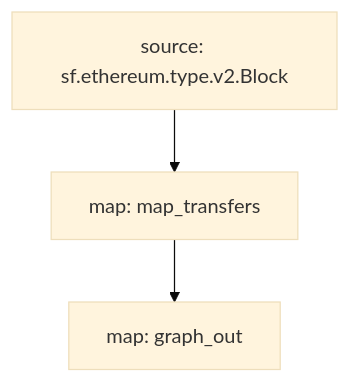
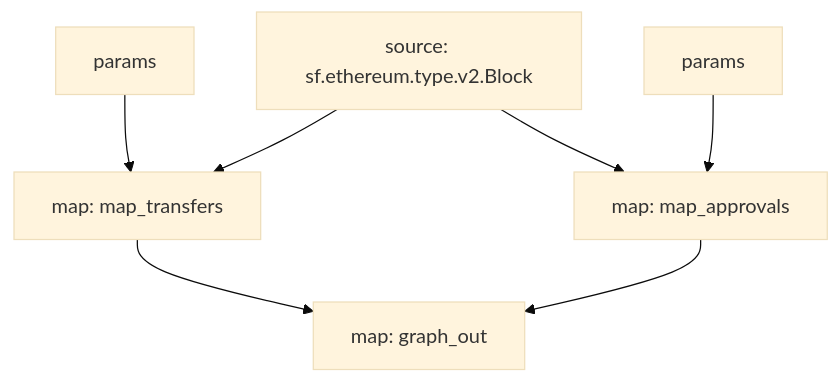
One commit to pinax-network/substreams-cookbook changed the diagram in erc20/README.md. Above: the diagram before and after it, drawn with Mermaid (base theme). The commit also changed other lines of this file and 8 other files, not shown here.

````diff
--- a/erc20/README.md
+++ b/erc20/README.md
@@ -32,7 +32,12 @@
 ```mermaid
 graph TD;
   map_transfers[map: map_transfers];
+  map_transfers:params[params] --> map_transfers;
   sf.ethereum.type.v2.Block[source: sf.ethereum.type.v2.Block] --> map_transfers;
+  map_approvals[map: map_approvals];
+  map_approvals:params[params] --> map_approvals;
+  sf.ethereum.type.v2.Block[source: sf.ethereum.type.v2.Block] --> map_approvals;
   graph_out[map: graph_out];
   map_transfers --> graph_out;
+  map_approvals --> graph_out;
 ```
````
